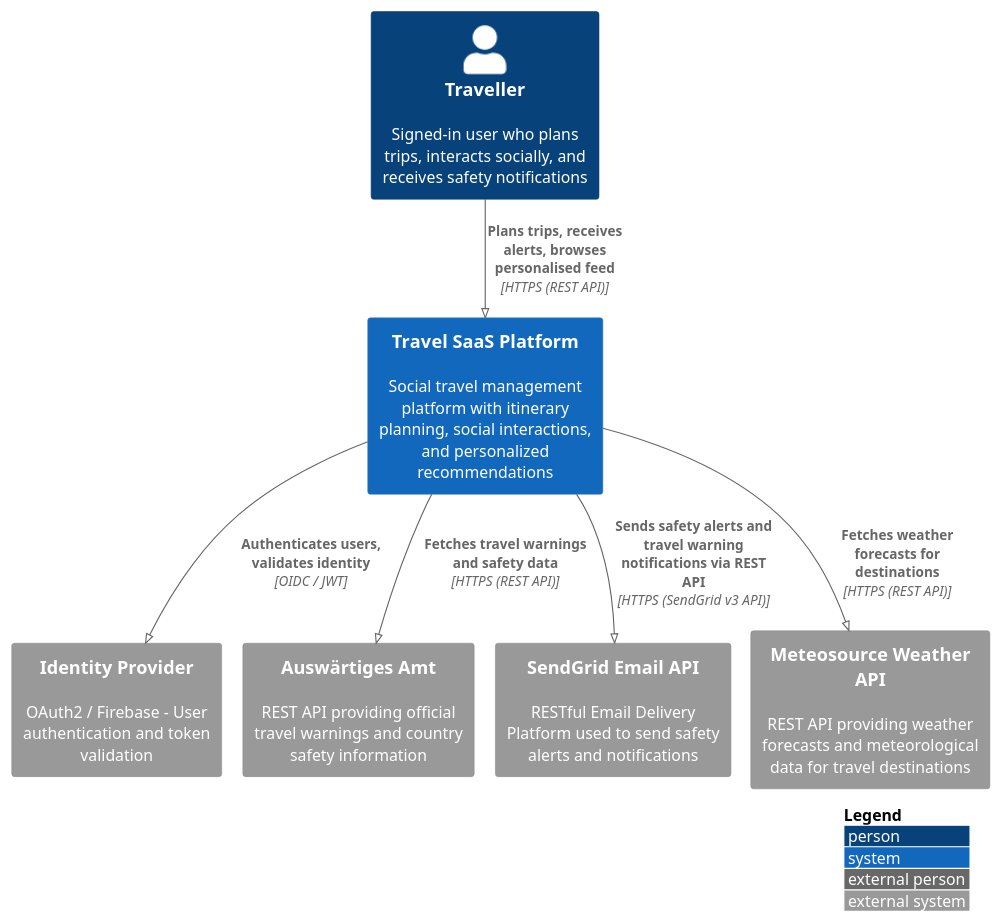
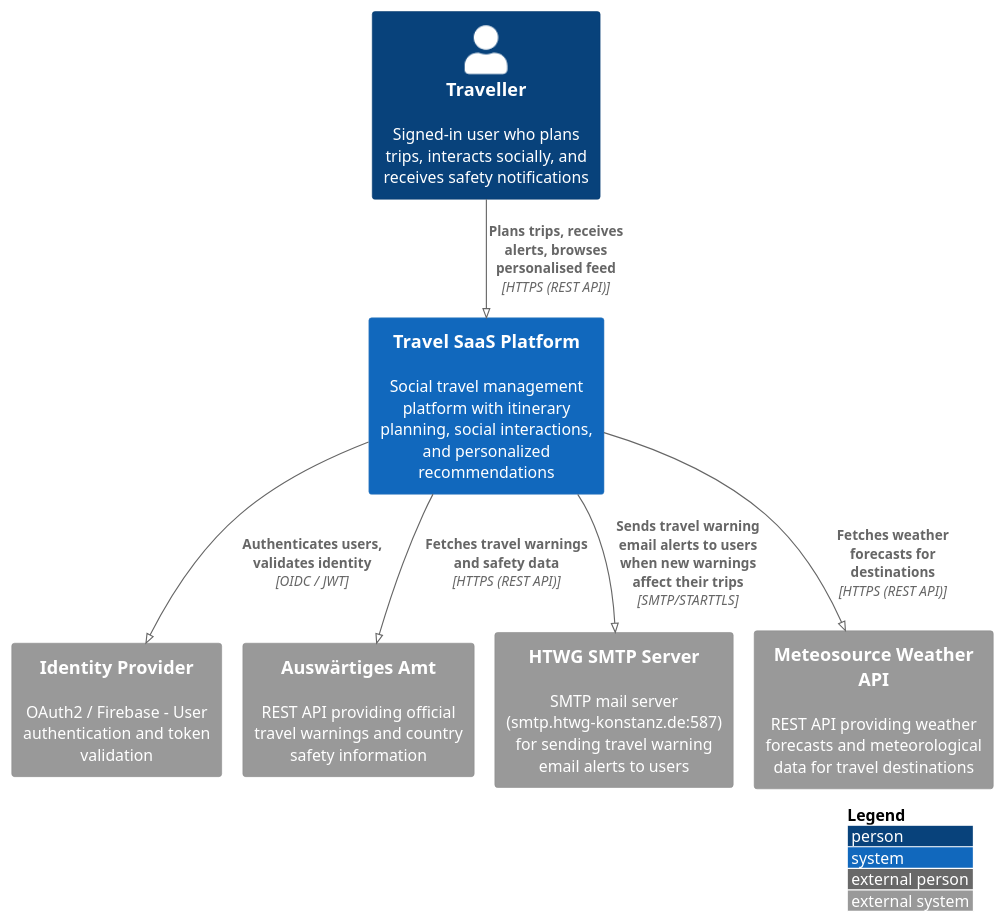
Before and after one commit to leotschritter/cad-backend: the diagram in docs/diagrams/c4/01_system_context.puml, drawn with PlantUML.

Commit message:
docs: update system context diagram with SMTP server details and email alert relationships

```diff
--- a/docs/diagrams/c4/01_system_context.puml
+++ b/docs/diagrams/c4/01_system_context.puml
@@ -1,26 +1,26 @@
 @startuml SystemContext
 !include <C4/C4_Context>
 
 !pragma layout smetana
 LAYOUT_WITH_LEGEND()
 
 ' Persons
 Person(traveller, "Traveller", "Signed-in user who plans trips, interacts socially, and receives safety notifications")
 
 ' Systems
 System(travelSaaS, "Travel SaaS Platform", "Social travel management platform with itinerary planning, social interactions, and personalized recommendations")
 
 ' External Systems
 System_Ext(identity, "Identity Provider", "OAuth2 / Firebase - User authentication and token validation")
 System_Ext(auswaertigesAmt, "Auswärtiges Amt", "REST API providing official travel warnings and country safety information")
-System_Ext(emailApi, "SendGrid Email API", "RESTful Email Delivery Platform used to send safety alerts and notifications")
+System_Ext(emailApi, "HTWG SMTP Server", "SMTP mail server (smtp.htwg-konstanz.de:587) for sending travel warning email alerts to users")
 System_Ext(weatherApi, "Meteosource Weather API", "REST API providing weather forecasts and meteorological data for travel destinations")
 
 ' Relationships
 Rel(traveller, travelSaaS, "Plans trips, receives alerts, browses personalised feed", "HTTPS (REST API)")
 Rel(travelSaaS, identity, "Authenticates users, validates identity", "OIDC / JWT")
 Rel(travelSaaS, auswaertigesAmt, "Fetches travel warnings and safety data", "HTTPS (REST API)")
-Rel(travelSaaS, emailApi, "Sends safety alerts and travel warning notifications via REST API", "HTTPS (SendGrid v3 API)")
+Rel(travelSaaS, emailApi, "Sends travel warning email alerts to users when new warnings affect their trips", "SMTP/STARTTLS")
 Rel(travelSaaS, weatherApi, "Fetches weather forecasts for destinations", "HTTPS (REST API)")
 
 @enduml
```
